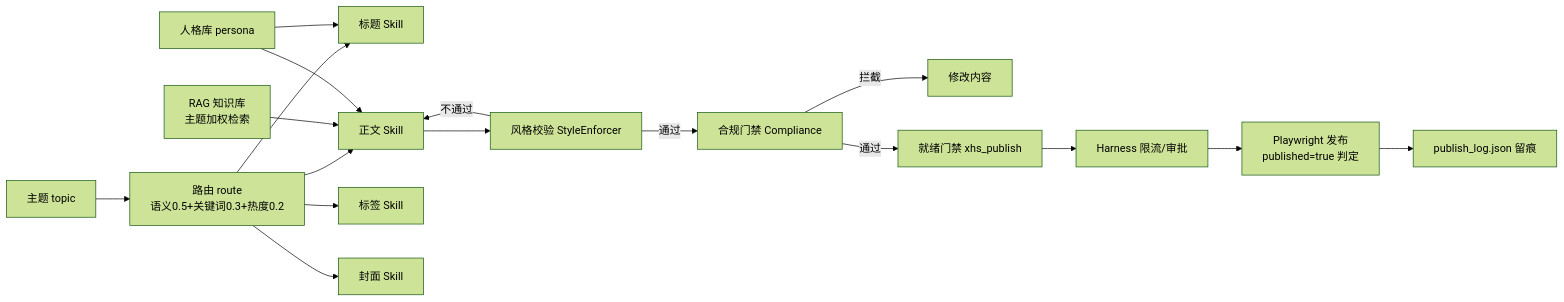
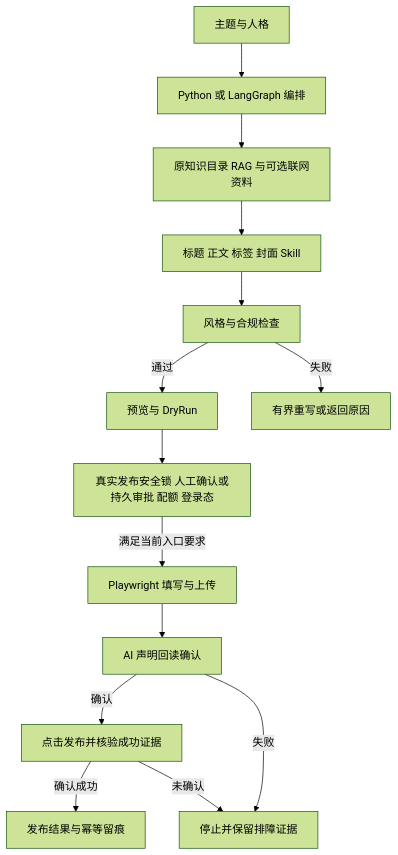
One commit to lin-or-feng/personax changed the second of 6 diagrams in docs/知识图谱.md. Above: the diagram before and after it, drawn with Mermaid (forest theme). The commit also changed other lines of this file and 123 other files, not shown here.

````diff
--- a/docs/知识图谱.md
+++ b/docs/知识图谱.md
@@ -38,18 +42,16 @@
 ```mermaid
-graph LR
-    A[主题 topic] --> B[路由 route<br/>语义0.5+关键词0.3+热度0.2]
-    B --> C[标题 Skill]
-    B --> D[正文 Skill]
-    B --> E[标签 Skill]
-    B --> F[封面 Skill]
-    RAG["RAG 知识库<br/>主题加权检索"] --> D
-    PERS["人格库 persona"] --> C & D
-    D --> ST[风格校验 StyleEnforcer]
-    ST -->|不通过| D
-    ST -->|通过| G2[合规门禁 Compliance]
-    G2 -->|拦截| X1[修改内容]
-    G2 -->|通过| X2[就绪门禁 xhs_publish]
-    X2 --> X3[Harness 限流/审批]
-    X3 --> PUB[Playwright 发布<br/>published=true 判定]
-    PUB --> LOG[publish_log.json 留痕]
+flowchart TB
+    TOPIC[主题与人格] --> ORCH[Python 或 LangGraph 编排]
+    ORCH --> CTX[原知识目录 RAG 与可选联网资料]
+    CTX --> SKILLS[标题 正文 标签 封面 Skill]
+    SKILLS --> CHECK[风格与合规检查]
+    CHECK -->|通过| PREVIEW[预览与 DryRun]
+    CHECK -->|失败| REVISE[有界重写或返回原因]
+    PREVIEW --> GATES[真实发布安全锁 人工确认或持久审批 配额 登录态]
+    GATES -->|满足当前入口要求| XHS[Playwright 填写与上传]
+    XHS --> DECLARE[AI 声明回读确认]
+    DECLARE -->|确认| CLICK[点击发布并核验成功证据]
+    DECLARE -->|失败| STOP[停止并保留排障证据]
+    CLICK -->|确认成功| LOG[发布结果与幂等留痕]
+    CLICK -->|未确认| STOP
 ```
````
